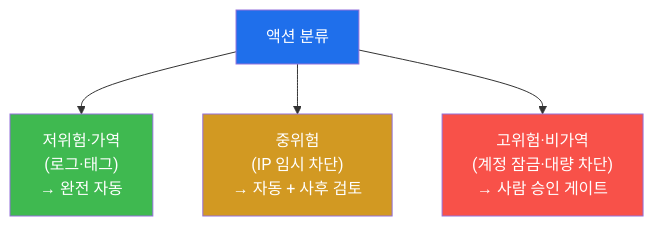
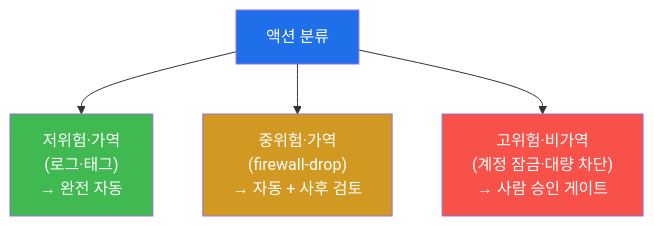
One commit to mrgrit/tw2 changed the fifth of 5 diagrams in contents/training/soc-adv/lecture_week10.md. Above: the diagram before and after it, drawn with Mermaid. The commit also changed other lines of this file, not shown here.

````diff
--- a/contents/training/soc-adv/lecture_week10.md
+++ b/contents/training/soc-adv/lecture_week10.md
@@ -148,11 +230,11 @@
 ```mermaid
 graph TD
     ACT["액션 분류"]
     ACT --> L["저위험·가역<br/>(로그·태그)<br/>→ 완전 자동"]
-    ACT --> M["중위험<br/>(IP 임시 차단)<br/>→ 자동 + 사후 검토"]
+    ACT --> M["중위험·가역<br/>(firewall-drop)<br/>→ 자동 + 사후 검토"]
     ACT --> H["고위험·비가역<br/>(계정 잠금·대량 차단)<br/>→ 사람 승인 게이트"]
     style ACT fill:#1f6feb,color:#fff
     style L fill:#3fb950,color:#fff
     style M fill:#d29922,color:#fff
     style H fill:#f85149,color:#fff
 ```
````
